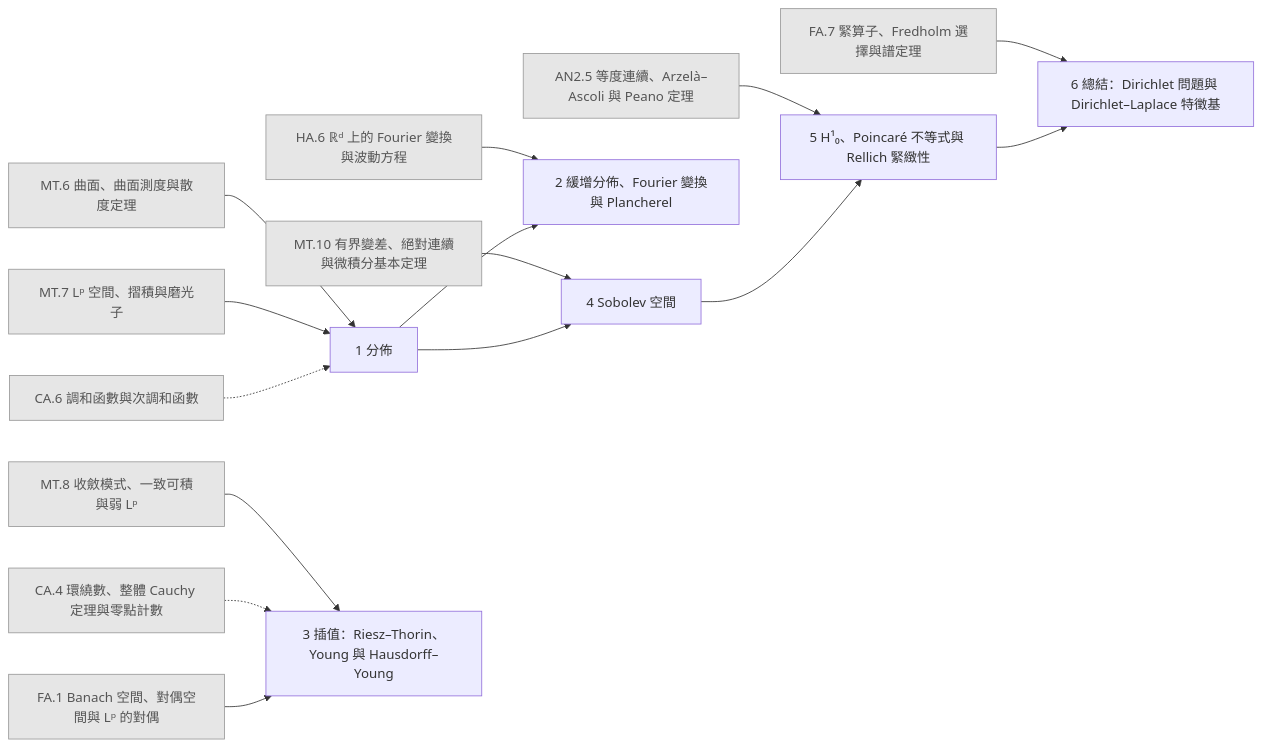
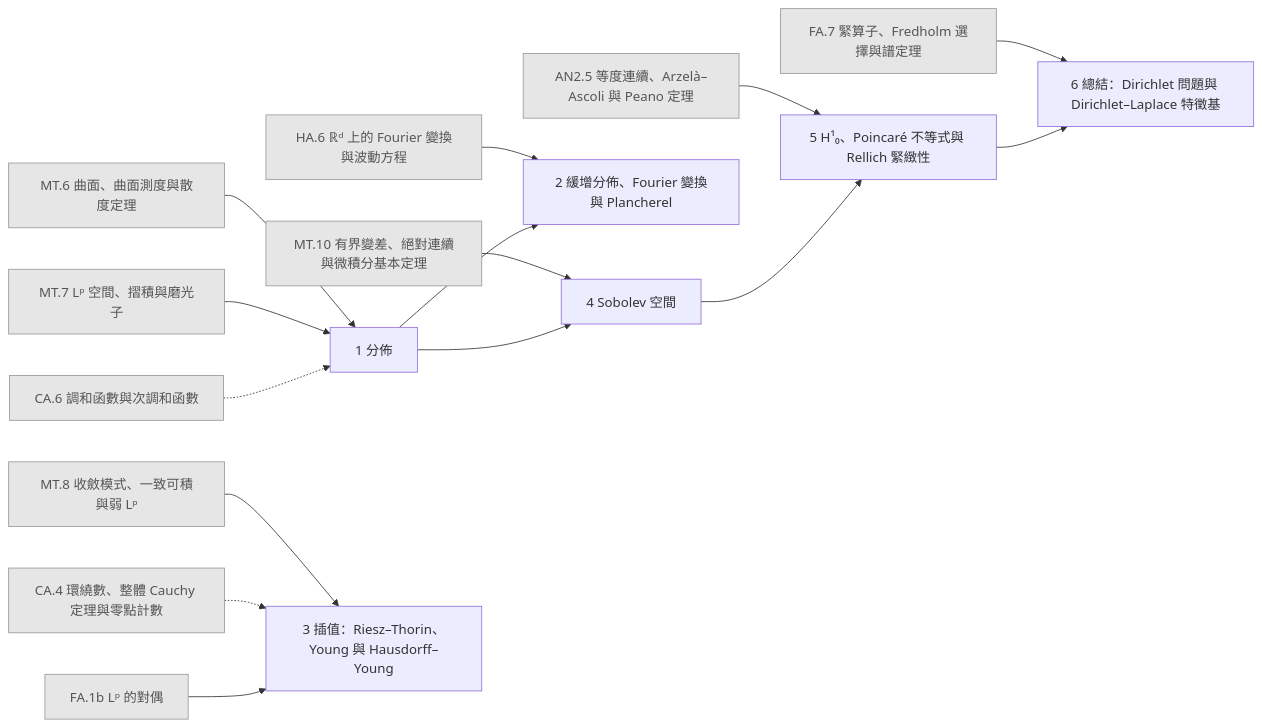
The diagram in generated/chapters/PDE.mmd (AkizumiFox/math-atlas), drawn with Mermaid before and after one commit. The commit also changed 11 other files, not shown here.

```diff
--- a/generated/chapters/PDE.mmd
+++ b/generated/chapters/PDE.mmd
@@ -1,34 +1,34 @@
 flowchart LR
   AN2_5["AN2.5 等度連續、Arzelà–Ascoli 與 Peano 定理"]:::ext
   HA_6["HA.6 ℝᵈ 上的 Fourier 變換與波動方程"]:::ext
   MT_6["MT.6 曲面、曲面測度與散度定理"]:::ext
   MT_7["MT.7 Lᵖ 空間、摺積與磨光子"]:::ext
   MT_8["MT.8 收斂模式、一致可積與弱 Lᵖ"]:::ext
   MT_10["MT.10 有界變差、絕對連續與微積分基本定理"]:::ext
   CA_4["CA.4 環繞數、整體 Cauchy 定理與零點計數"]:::ext
   CA_6["CA.6 調和函數與次調和函數"]:::ext
-  FA_1["FA.1 Banach 空間、對偶空間與 Lᵖ 的對偶"]:::ext
+  FA_1b["FA.1b Lᵖ 的對偶"]:::ext
   FA_7["FA.7 緊算子、Fredholm 選擇與譜定理"]:::ext
   PDE_1["1 分佈"]
   PDE_2["2 緩增分佈、Fourier 變換與 Plancherel"]
   PDE_3["3 插值：Riesz–Thorin、Young 與 Hausdorff–Young"]
   PDE_4["4 Sobolev 空間"]
   PDE_5["5 H¹₀、Poincaré 不等式與 Rellich 緊緻性"]
   PDE_6["6 總結：Dirichlet 問題與 Dirichlet–Laplace 特徵基"]
   MT_6 --> PDE_1
   MT_7 --> PDE_1
   CA_6 -.-> PDE_1
   HA_6 --> PDE_2
   PDE_1 --> PDE_2
   MT_8 --> PDE_3
   CA_4 -.-> PDE_3
-  FA_1 --> PDE_3
+  FA_1b --> PDE_3
   MT_10 --> PDE_4
   PDE_1 --> PDE_4
   AN2_5 --> PDE_5
   PDE_4 --> PDE_5
   FA_7 --> PDE_6
   PDE_5 --> PDE_6
   classDef ext fill:#e6e6e6,stroke:#999,color:#555
   classDef opt fill:#fff,stroke:#999,stroke-dasharray:4 3,color:#555
   classDef segb fill:#f6f6fb,stroke:#99a,color:#333
```
